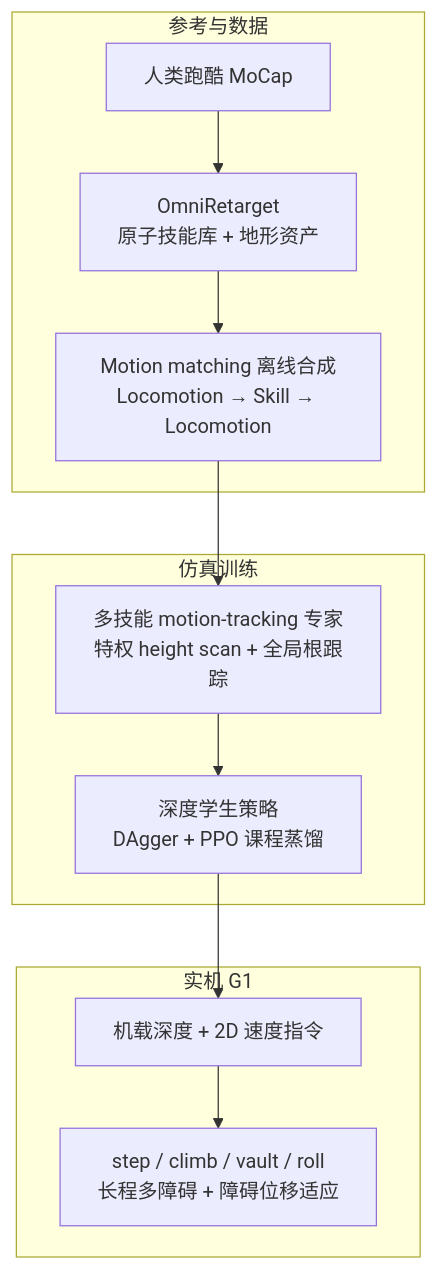
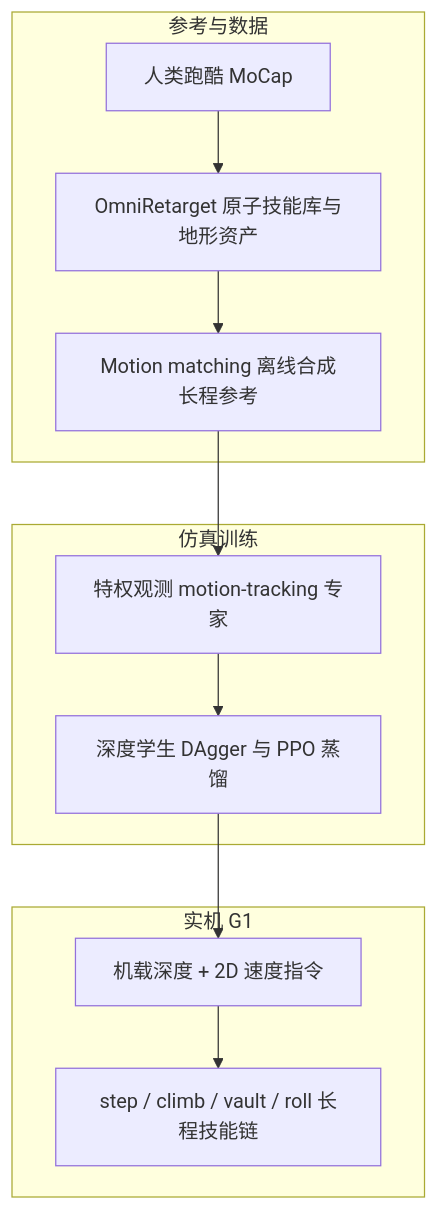
One commit to ImChong/Robotics_Notebooks changed the first of 2 diagrams in wiki/entities/paper-hrl-stack-22-perceptive_humanoid_parkour.md. Above: the diagram before and after it, drawn with Mermaid. The commit also changed other lines of this file and 5 other files, not shown here.

````diff
--- a/wiki/entities/paper-hrl-stack-22-perceptive_humanoid_parkour.md
+++ b/wiki/entities/paper-hrl-stack-22-perceptive_humanoid_parkour.md
@@ -75,19 +81,19 @@
 ```mermaid
 flowchart TB
   subgraph data [参考与数据]
     mocap["人类跑酷 MoCap"]
-    omni["OmniRetarget\n原子技能库 + 地形资产"]
-    mm["Motion matching 离线合成\nLocomotion → Skill → Locomotion"]
+    omni["OmniRetarget 原子技能库与地形资产"]
+    mm["Motion matching 离线合成长程参考"]
     mocap --> omni --> mm
   end
   subgraph train [仿真训练]
-  experts["多技能 motion-tracking 专家\n特权 height scan + 全局根跟踪"]
-  student["深度学生策略\nDAgger + PPO 课程蒸馏"]
+  experts["特权观测 motion-tracking 专家"]
+  student["深度学生 DAgger 与 PPO 蒸馏"]
   mm --> experts --> student
   end
   subgraph deploy [实机 G1]
   depth["机载深度 + 2D 速度指令"]
-  skills["step / climb / vault / roll\n长程多障碍 + 障碍位移适应"]
+  skills["step / climb / vault / roll 长程技能链"]
   student --> depth --> skills
   end
 ```
````
